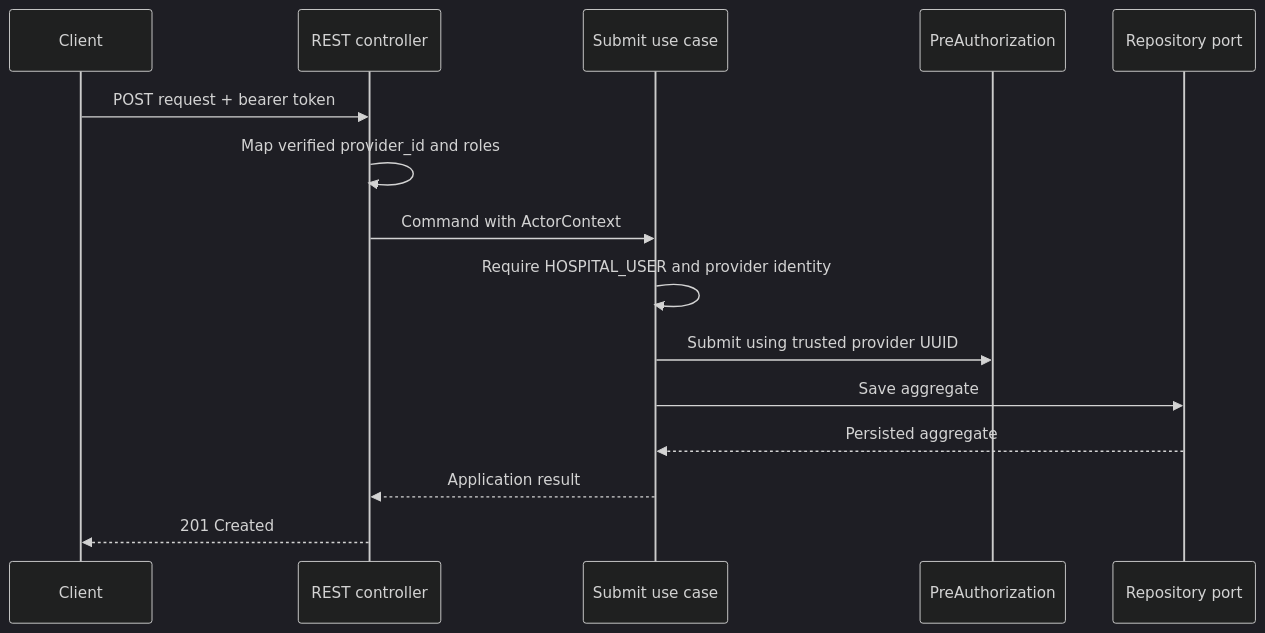
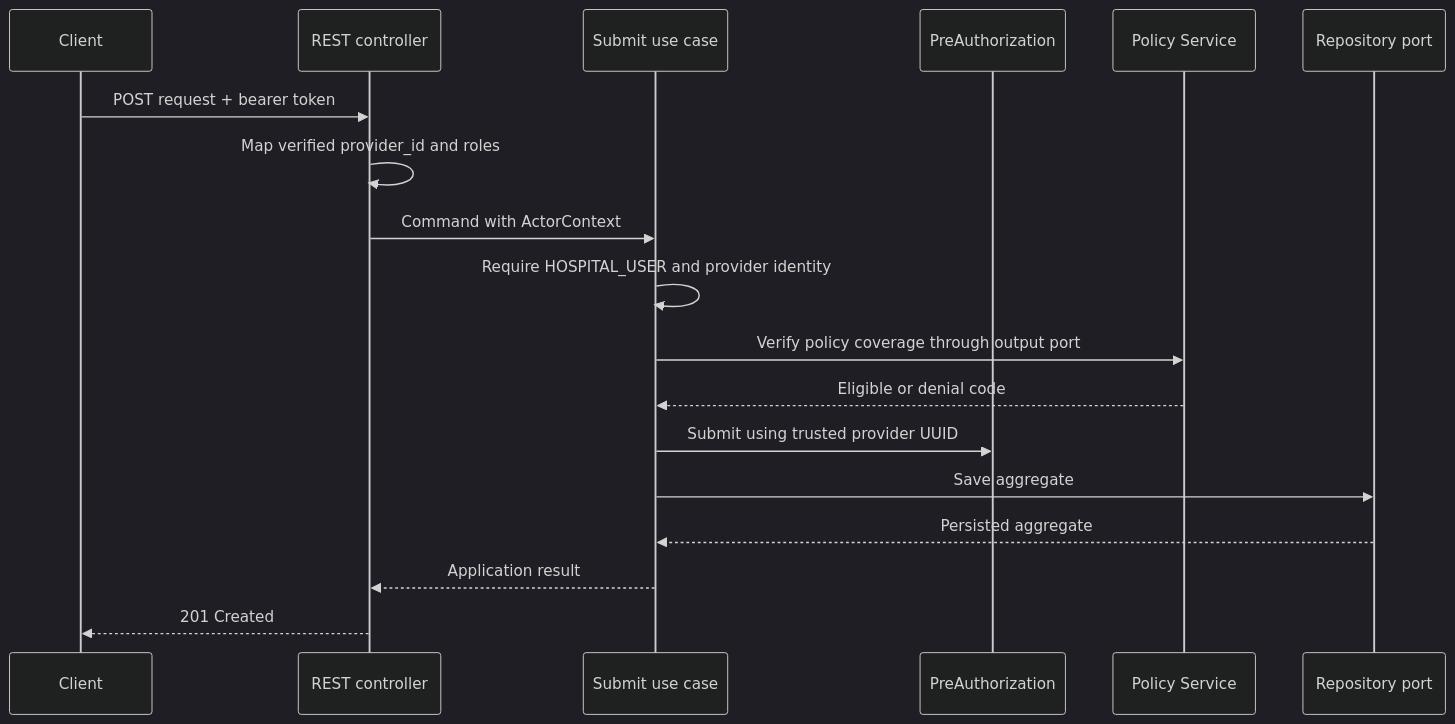
Before and after one commit to aydindemir1/health-insurance-platform: the third of 3 diagrams in docs/architecture/authorization-service.md, drawn with Mermaid (dark theme). The commit also changed other lines of this file and 4 other files, not shown here.

Commit message:
docs: record policy service boundary

````diff
--- a/docs/architecture/authorization-service.md
+++ b/docs/architecture/authorization-service.md
@@ -76,18 +78,21 @@
 ```mermaid
 sequenceDiagram
     participant Client
     participant REST as REST controller
     participant App as Submit use case
     participant Domain as PreAuthorization
+    participant Policy as Policy Service
     participant Repo as Repository port
 
     Client->>REST: POST request + bearer token
     REST->>REST: Map verified provider_id and roles
     REST->>App: Command with ActorContext
     App->>App: Require HOSPITAL_USER and provider identity
+    App->>Policy: Verify policy coverage through output port
+    Policy-->>App: Eligible or denial code
     App->>Domain: Submit using trusted provider UUID
     App->>Repo: Save aggregate
     Repo-->>App: Persisted aggregate
     App-->>REST: Application result
     REST-->>Client: 201 Created
 ```
````
